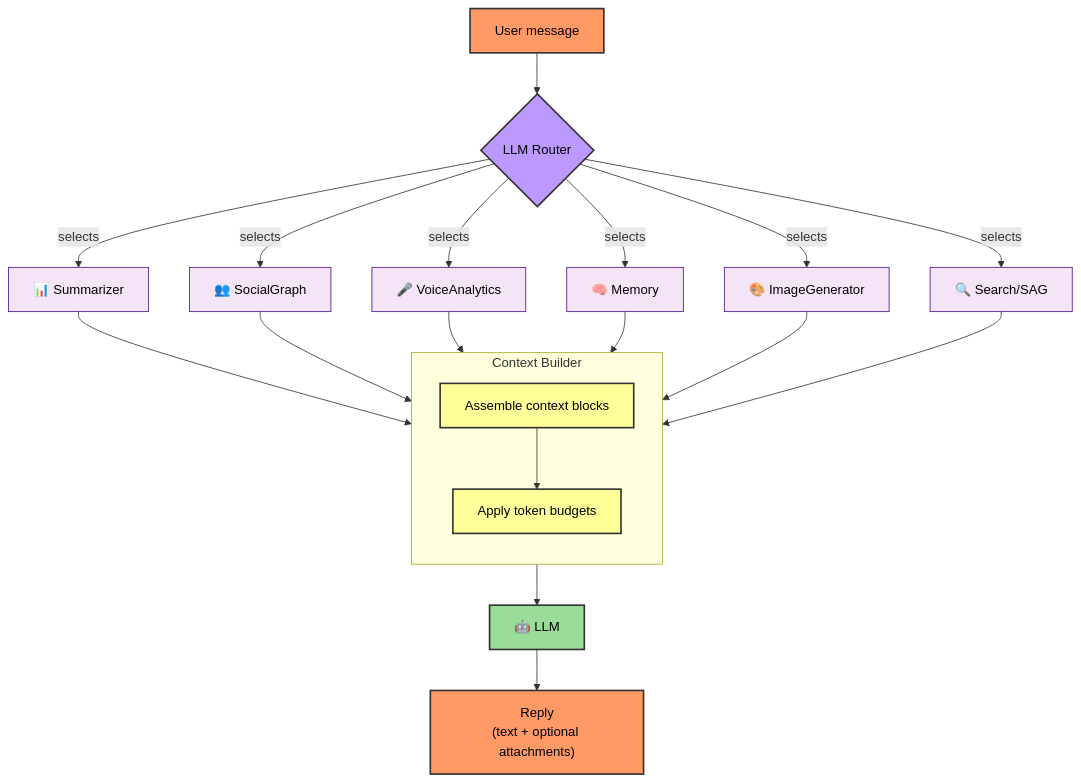
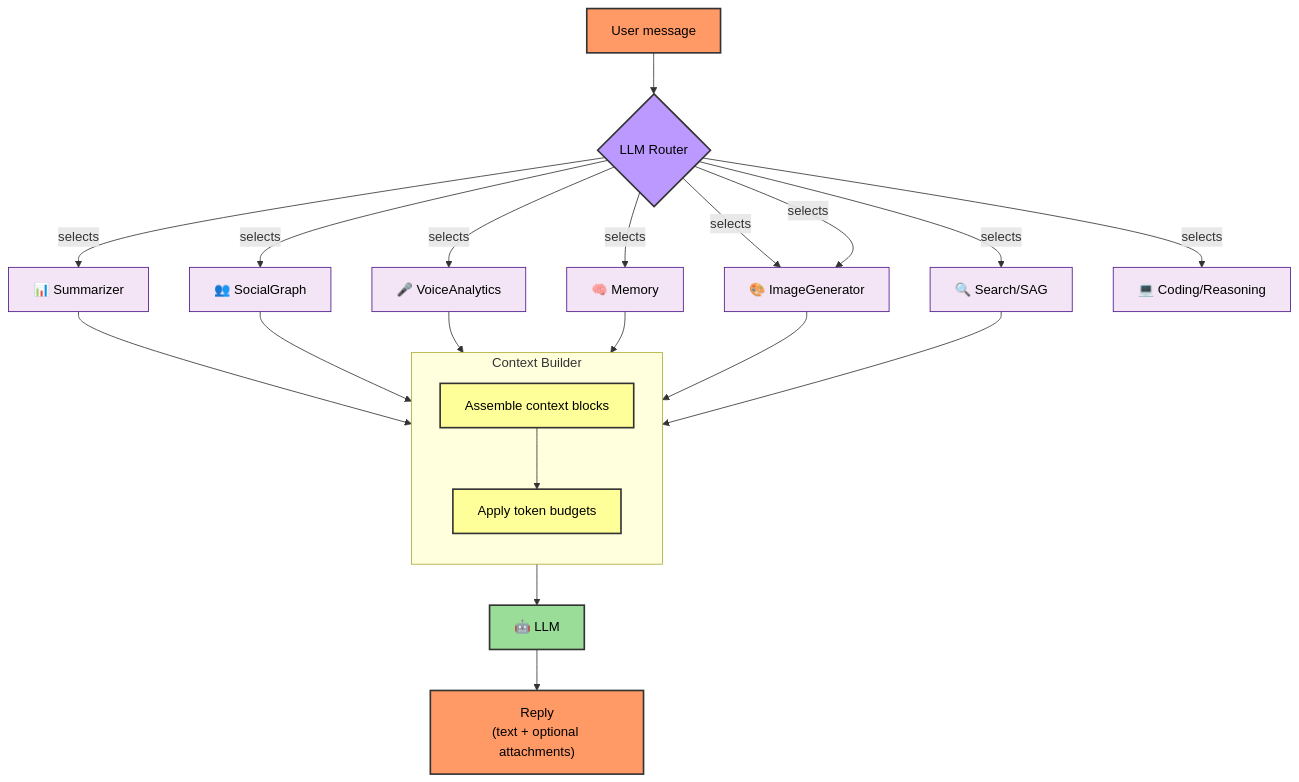
One commit to BokX1/Sage changed the fourth of 6 diagrams in docs/AGENTIC_ARCHITECTURE.md. Above: the diagram before and after it, drawn with Mermaid. The commit also changed other lines of this file and 10 other files, not shown here.

````diff
--- a/docs/AGENTIC_ARCHITECTURE.md
+++ b/docs/AGENTIC_ARCHITECTURE.md
@@ -227,33 +227,35 @@
 ```mermaid
 flowchart TD
     %% Router selects experts, then builds a single prompt for the LLM.
     classDef user fill:#f96,stroke:#333,stroke-width:2px,color:black
     classDef router fill:#b9f,stroke:#333,stroke-width:2px,color:black
     classDef expert fill:#f3e5f5,stroke:#4a148c,color:black
     classDef context fill:#ff9,stroke:#333,stroke-width:2px,color:black
     classDef llm fill:#9d9,stroke:#333,stroke-width:2px,color:black
 
     U[User message]:::user --> R{LLM Router}:::router
 
     R -->|selects| S[📊 Summarizer]:::expert
     R -->|selects| G[👥 SocialGraph]:::expert
     R -->|selects| V[🎤 VoiceAnalytics]:::expert
     R -->|selects| M[🧠 Memory]:::expert
     R -->|selects| IG[🎨 ImageGenerator]:::expert
+    R -->|selects| IG[🎨 ImageGenerator]:::expert
     R -->|selects| SR[🔍 Search/SAG]:::expert
+    R -->|selects| C[💻 Coding/Reasoning]:::expert
 
     subgraph Context["Context Builder"]
         direction TB
         CTX[Assemble context blocks]:::context
         BUDGET[Apply token budgets]:::context
     end
 
     S --> CTX
     G --> CTX
     V --> CTX
     M --> CTX
     IG --> CTX
     SR --> CTX
 
     CTX --> BUDGET --> LLM[🤖 LLM]:::llm --> OUT["Reply\n(text + optional attachments)"]:::user
 ```
````
